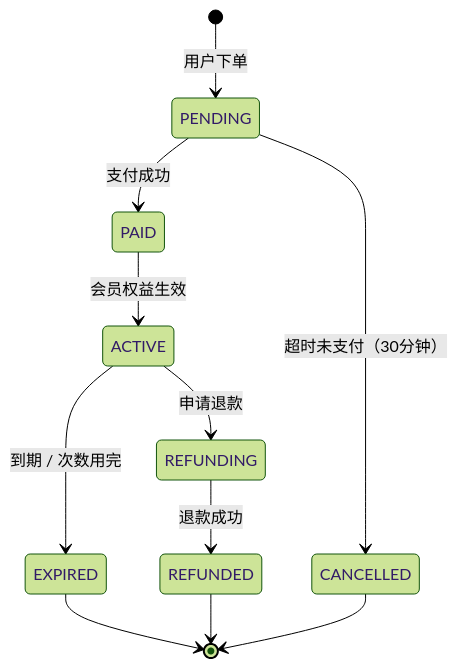
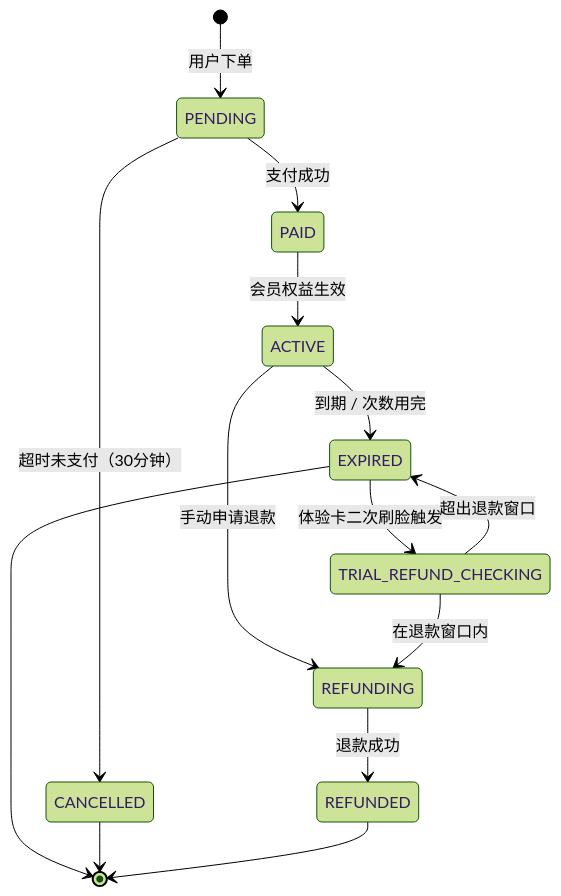
One commit to fitron-app/docs changed the first of 3 diagrams in docs/functional-systems/order-system.md. Above: the diagram before and after it, drawn with Mermaid (forest theme). The commit also changed other lines of this file and 2 other files, not shown here.

````diff
--- a/docs/functional-systems/order-system.md
+++ b/docs/functional-systems/order-system.md
@@ -10,13 +10,16 @@
 ```mermaid
 stateDiagram-v2
     [*] --> PENDING : 用户下单
     PENDING --> PAID : 支付成功
     PENDING --> CANCELLED : 超时未支付（30分钟）
     PAID --> ACTIVE : 会员权益生效
     ACTIVE --> EXPIRED : 到期 / 次数用完
-    ACTIVE --> REFUNDING : 申请退款
+    ACTIVE --> REFUNDING : 手动申请退款
+    EXPIRED --> TRIAL_REFUND_CHECKING : 体验卡二次刷脸触发
+    TRIAL_REFUND_CHECKING --> REFUNDING : 在退款窗口内
+    TRIAL_REFUND_CHECKING --> EXPIRED : 超出退款窗口
     REFUNDING --> REFUNDED : 退款成功
     EXPIRED --> [*]
     CANCELLED --> [*]
     REFUNDED --> [*]
 ```
````
